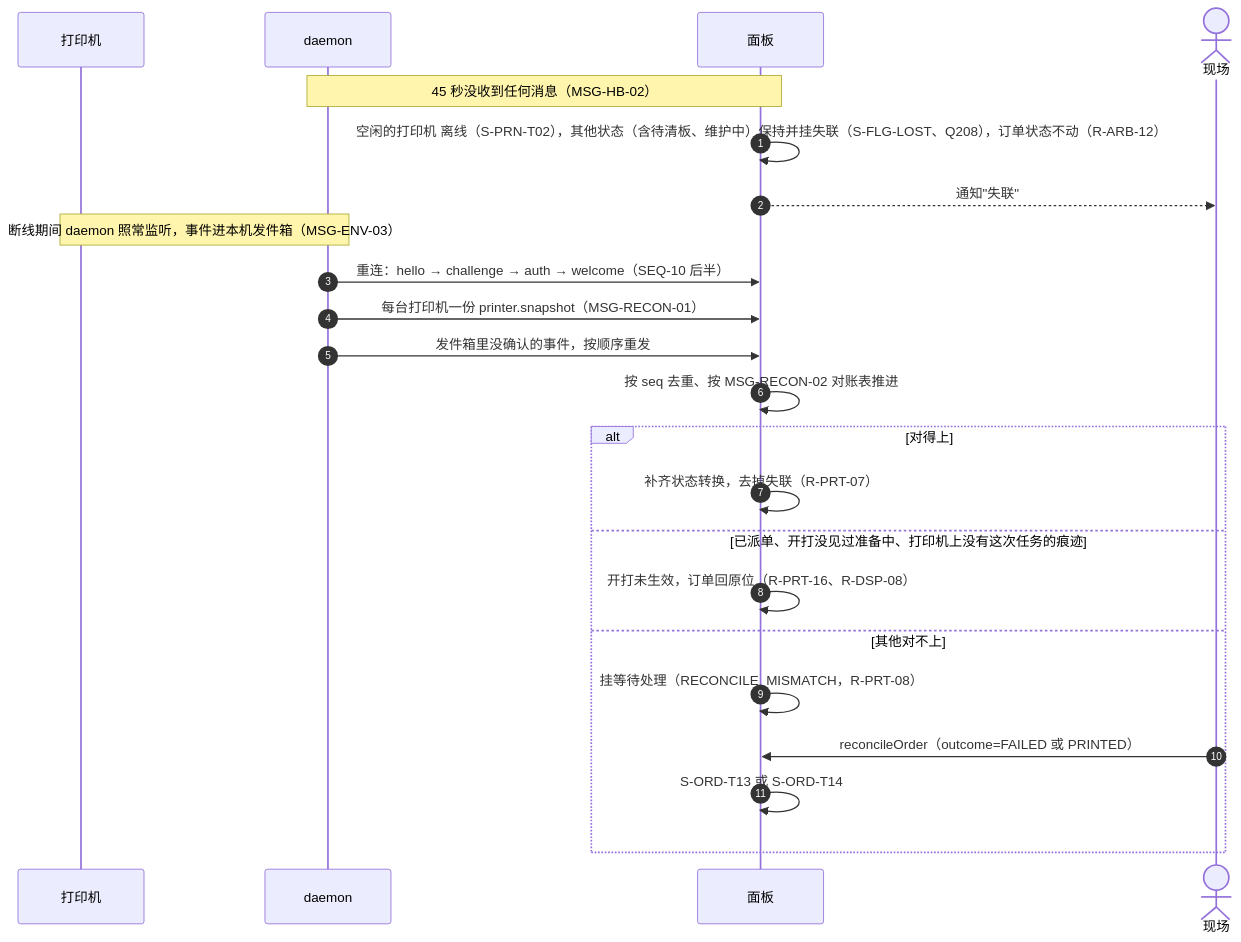
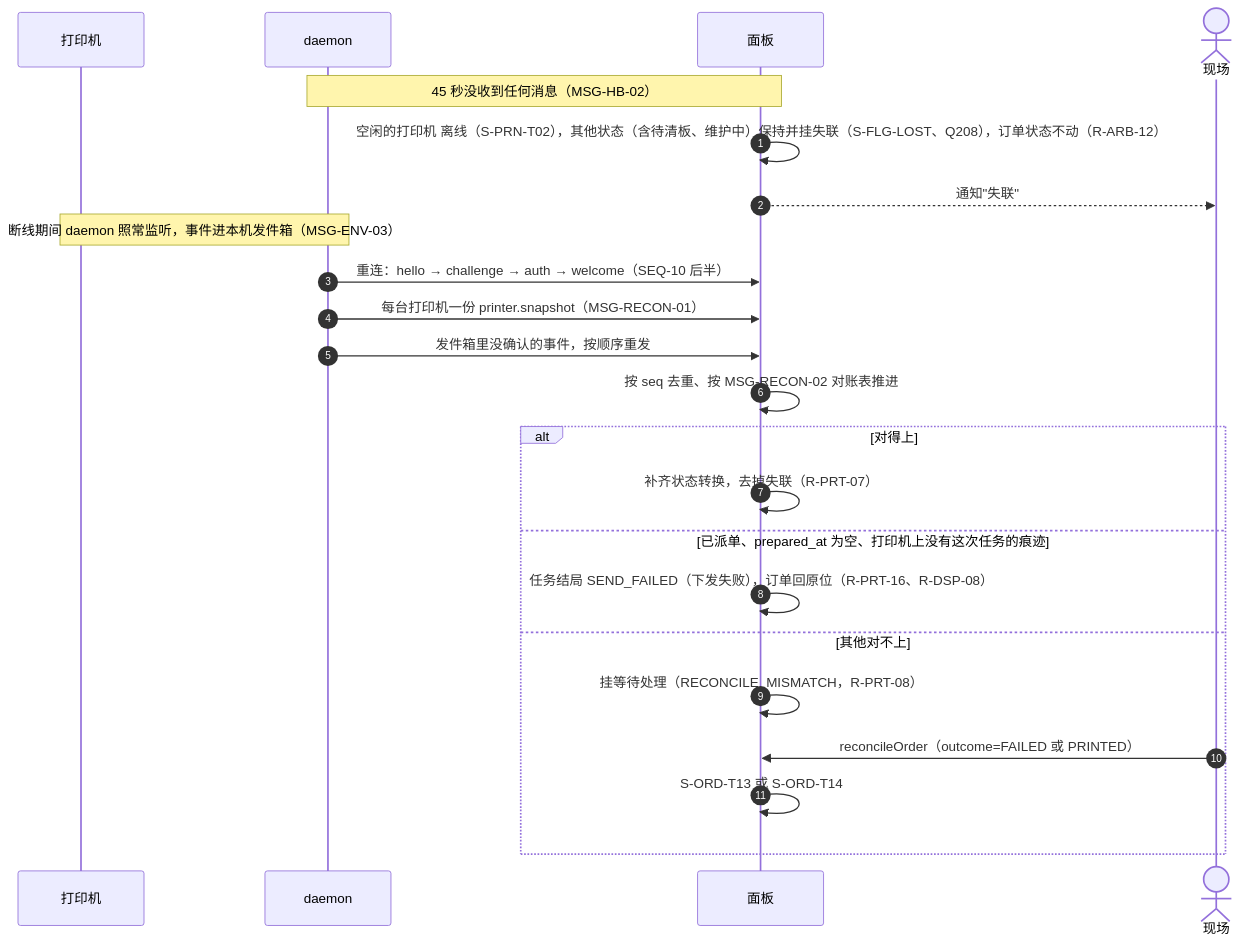
One commit to PlateRelay/PlateRelay changed the sixth of 11 diagrams in docs/design/03-sequences.md. Above: the diagram before and after it, drawn with Mermaid. The commit also changed other lines of this file, not shown here.

Commit message:
docs(design): update dispatch, stop, and reconcile sequences for transfer-time handling
Claude-Session: https://claude.ai/code/session_012TmsB2UUV3GMJ8Hk98n5y7

````diff
--- a/docs/design/03-sequences.md
+++ b/docs/design/03-sequences.md
@@ -244,25 +246,25 @@
 ```mermaid
 sequenceDiagram
   autonumber
   participant R as 打印机
   participant D as daemon
   participant P as 面板
   actor S as 现场
   Note over D,P: 45 秒没收到任何消息（MSG-HB-02）
   P->>P: 空闲的打印机 离线（S-PRN-T02），其他状态（含待清板、维护中）保持并挂失联（S-FLG-LOST、Q208），订单状态不动（R-ARB-12）
   P-->>S: 通知"失联"
   Note over R,D: 断线期间 daemon 照常监听，事件进本机发件箱（MSG-ENV-03）
   D->>P: 重连：hello → challenge → auth → welcome（SEQ-10 后半）
   D->>P: 每台打印机一份 printer.snapshot（MSG-RECON-01）
   D->>P: 发件箱里没确认的事件，按顺序重发
   P->>P: 按 seq 去重、按 MSG-RECON-02 对账表推进
   alt 对得上
     P->>P: 补齐状态转换，去掉失联（R-PRT-07）
-  else 已派单、开打没见过准备中、打印机上没有这次任务的痕迹
-    P->>P: 开打未生效，订单回原位（R-PRT-16、R-DSP-08）
+  else 已派单、prepared_at 为空、打印机上没有这次任务的痕迹
+    P->>P: 任务结局 SEND_FAILED（下发失败），订单回原位（R-PRT-16、R-DSP-08）
   else 其他对不上
     P->>P: 挂等待处理（RECONCILE_MISMATCH，R-PRT-08）
     S->>P: reconcileOrder（outcome=FAILED 或 PRINTED）
     P->>P: S-ORD-T13 或 S-ORD-T14
   end
 ```
````
